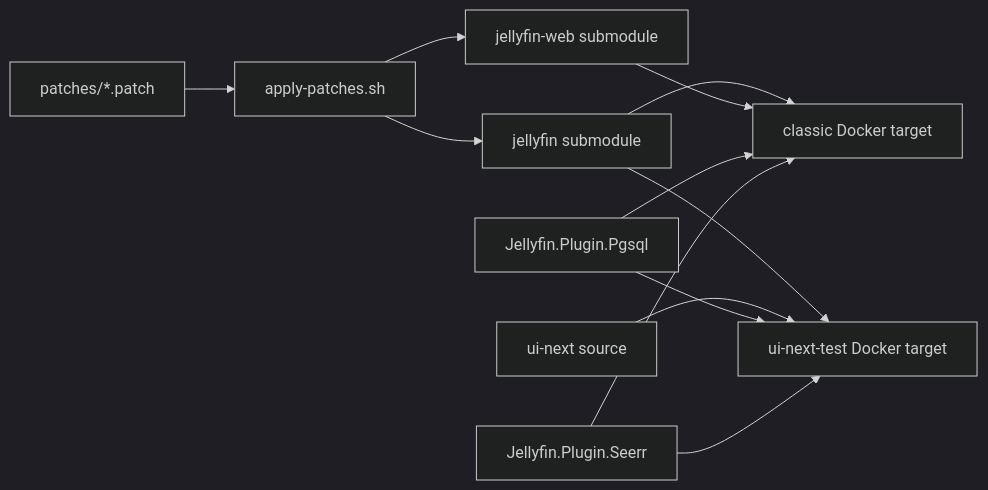
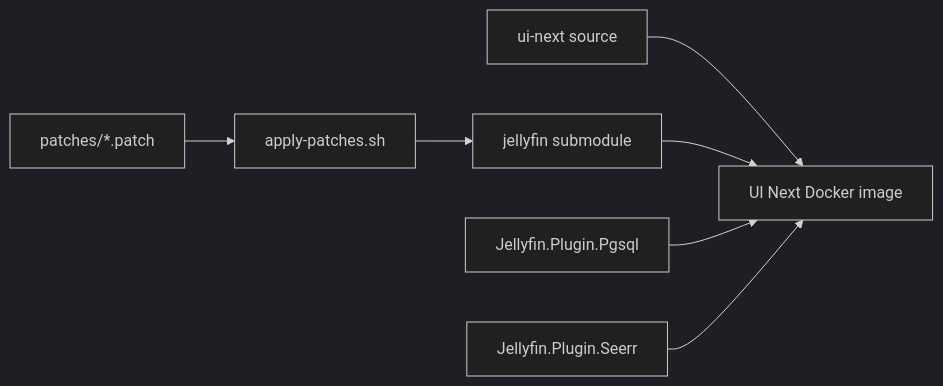
One commit to pantherale0/Jellyfin.Pgsql changed the diagram in docs/architecture.md. Above: the diagram before and after it, drawn with Mermaid (dark theme). The commit also changed other lines of this file and 126 other files, not shown here.

````diff
--- a/docs/architecture.md
+++ b/docs/architecture.md
@@ -74,23 +73,15 @@
 ```mermaid
 flowchart LR
   patches[patches/*.patch]
   apply[apply-patches.sh]
   core[jellyfin submodule]
-  web[jellyfin-web submodule]
   ui[ui-next source]
   plugin[Jellyfin.Plugin.Pgsql]
   seerr[Jellyfin.Plugin.Seerr]
-  classic[classic Docker target]
-  test[ui-next-test Docker target]
   patches --> apply
   apply --> core
-  apply --> web
-  core --> classic
-  web --> classic
-  core --> test
-  ui --> test
-  plugin --> classic
-  plugin --> test
-  seerr --> classic
-  seerr --> test
+  ui --> image[UI Next Docker image]
+  core --> image
+  plugin --> image
+  seerr --> image
 ```
````
